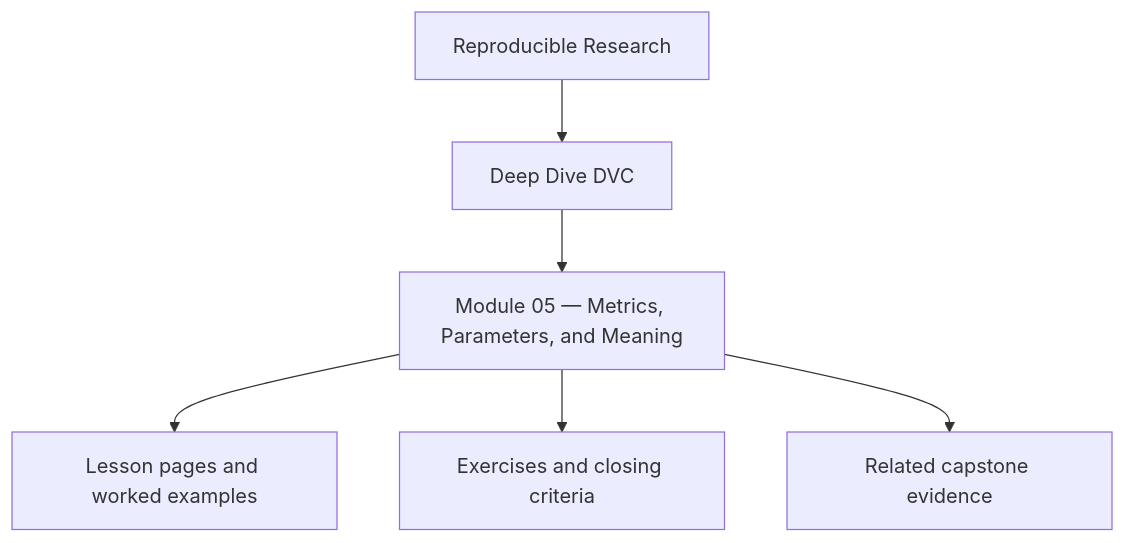
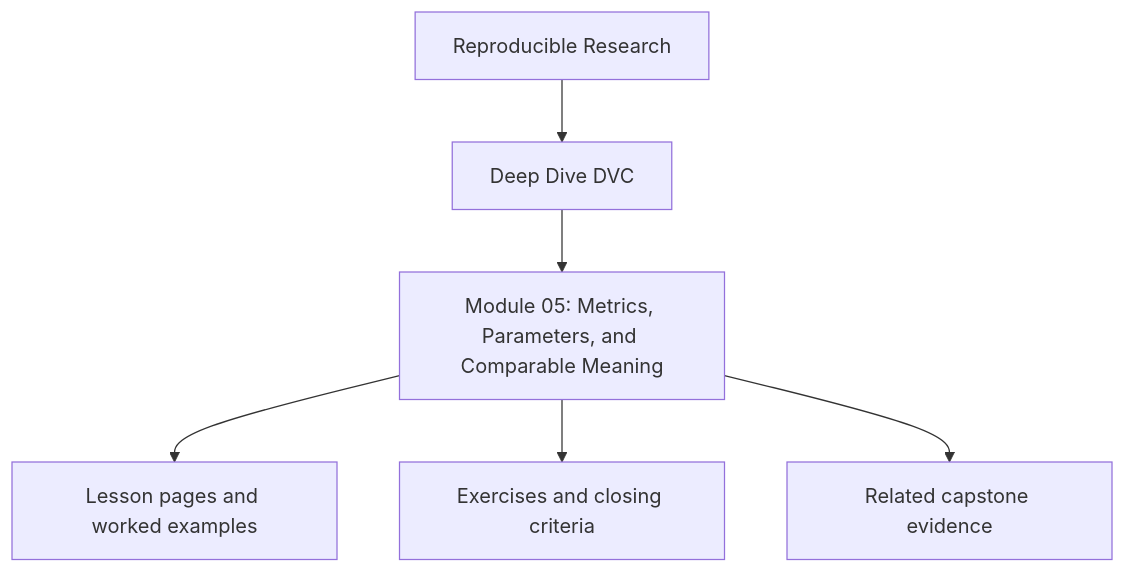
The first of 4 diagrams in programs/reproducible-research/deep-dive-dvc/course-book/module-05-metrics-parameters-and-meaning/index.md (bijux/bijux-masterclass), drawn with Mermaid before and after one commit. The commit also changed other lines of this file and 241 other files, not shown here.

````diff
--- a/programs/reproducible-research/deep-dive-dvc/course-book/module-05-metrics-parameters-and-meaning/index.md
+++ b/programs/reproducible-research/deep-dive-dvc/course-book/module-05-metrics-parameters-and-meaning/index.md
@@ -7,8 +7,8 @@
 ```mermaid
 flowchart TD
   family["Reproducible Research"] --> program["Deep Dive DVC"]
-  program --> module["Module 05 — Metrics, Parameters, and Meaning"]
+  program --> module["Module 05: Metrics, Parameters, and Comparable Meaning"]
   module --> lessons["Lesson pages and worked examples"]
   module --> checkpoints["Exercises and closing criteria"]
   module --> capstone["Related capstone evidence"]
 ```
````
